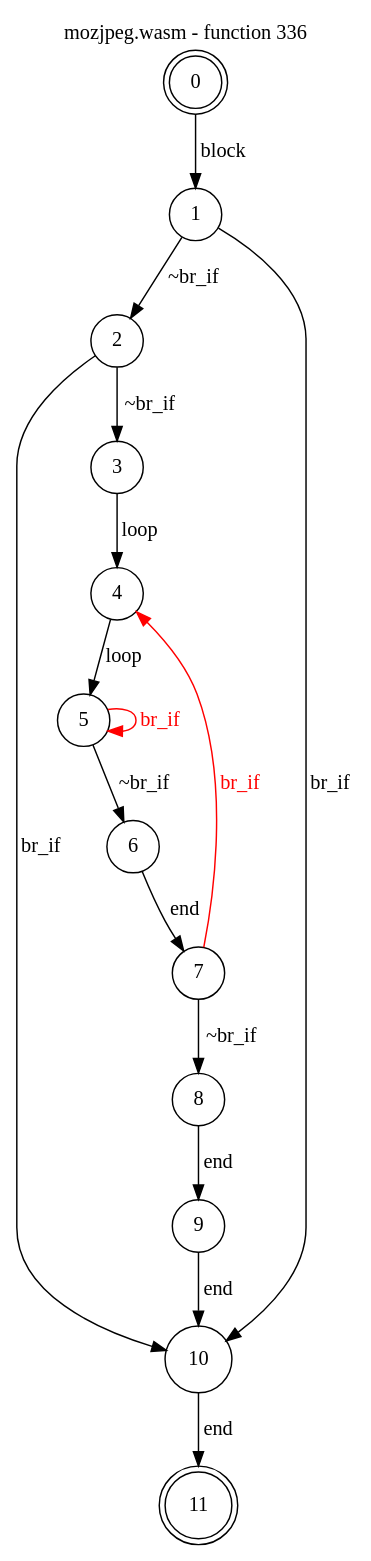
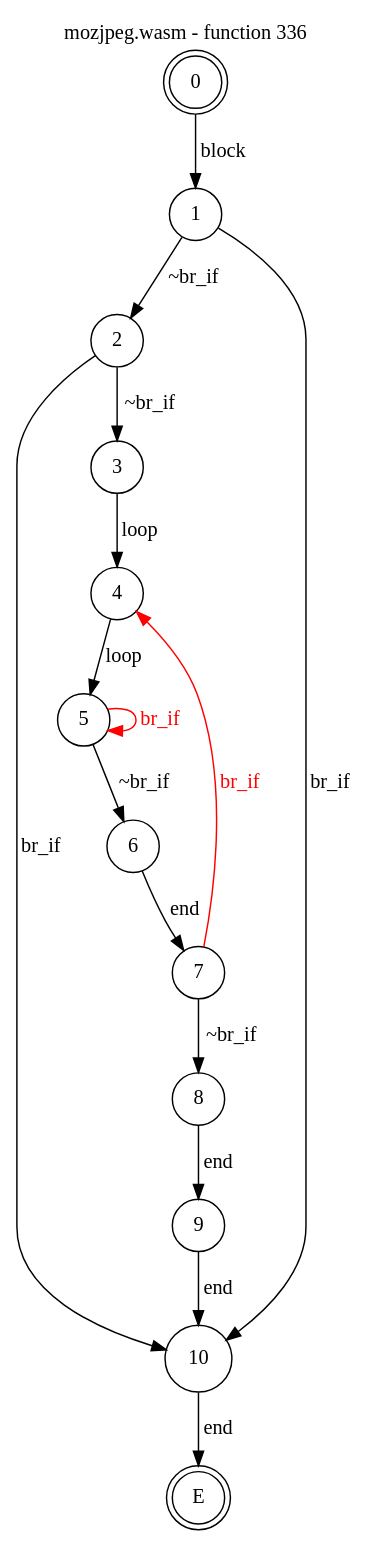
Before and after one commit to jsCarleton/wanalyze: the diagram in test_cases/mozjpeg/funcs/mozjpeg-func336.dot, drawn with Graphviz. The commit also changed 516 other files, not shown here.

```diff
--- a/test_cases/mozjpeg/funcs/mozjpeg-func336.dot
+++ b/test_cases/mozjpeg/funcs/mozjpeg-func336.dot
@@ -1,24 +1,24 @@
 digraph finite_state_machine {
     label = "mozjpeg.wasm - function 336"
     labelloc =  t
     labelfontsize = 16
     labelfontcolor = black
     labelfontname = "Helvetica"
-    node [shape = doublecircle]; 0 11;
+    node [shape = doublecircle]; 0 E ;
     node [shape = circle];
     0 -> 1[label="block"];
     1 -> 2[label="~br_if"];
     1 -> 10[label="br_if"];
     2 -> 3[label="~br_if"];
     2 -> 10[label="br_if"];
     3 -> 4[label="loop"];
     4 -> 5[label="loop"];
     5 -> 6[label="~br_if"];
     5 -> 5[color="red" fontcolor="red" label="br_if"];
     6 -> 7[label="end"];
     7 -> 8[label="~br_if"];
     7 -> 4[color="red" fontcolor="red" label="br_if"];
     8 -> 9[label="end"];
     9 -> 10[label="end"];
-    10 -> 11[label="end"];
+    10 -> E[label="end"];
 }
```
